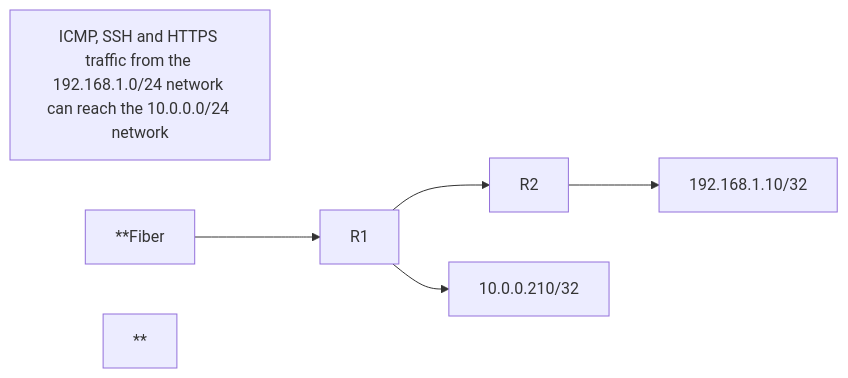
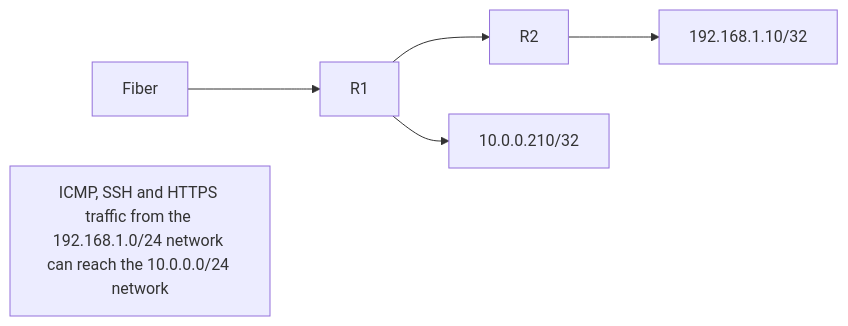
Before and after one commit to notkasim/DOCS: the diagram in Topology.md, drawn with Mermaid.

````diff
--- a/Topology.md
+++ b/Topology.md
@@ -4,8 +4,9 @@
 ```mermaid
 graph LR;
-    id1[ICMP, SSH and HTTPS traffic from the 192.168.1.0/24 network can reach the 10.0.0.0/24 network]
-    **Fiber-->R1;**
+    Fiber-->R1;
     R1-->R2;
     R1-->10.0.0.210/32;
     R2-->192.168.1.10/32;
+                        id1[ICMP, SSH and HTTPS traffic from the 192.168.1.0/24 network can reach the 10.0.0.0/24 network]
+
 ```
````
